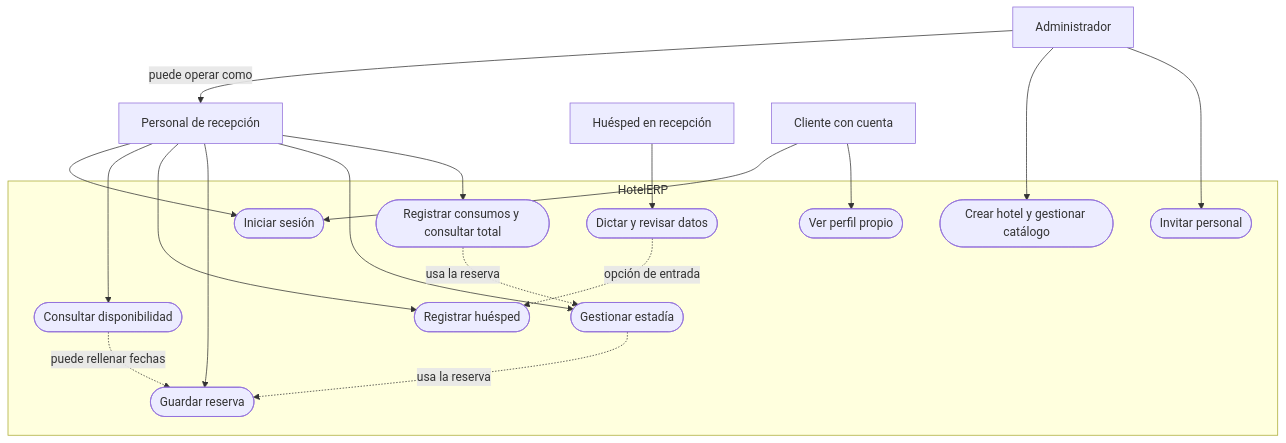
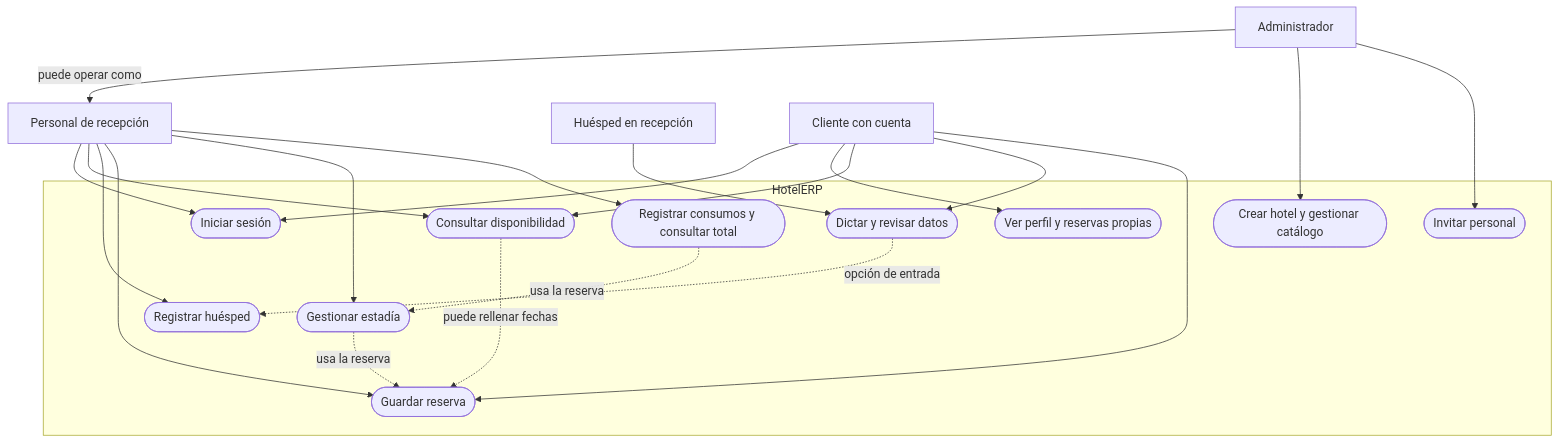
The first of 4 diagrams in HotelERP_Diagramas_y_Sustentacion.md (amadorjara-alt/HotelERP), drawn with Mermaid before and after one commit. The commit also changed other lines of this file, not shown here.

Commit message:
Actualizar diagramas Mermaid y guía de defensa

````diff
--- a/HotelERP_Diagramas_y_Sustentacion.md
+++ b/HotelERP_Diagramas_y_Sustentacion.md
@@ -9,29 +9,29 @@
 ```mermaid
 flowchart TB
   A[Administrador]
   P[Personal de recepción]
   H[Huésped en recepción]
   C[Cliente con cuenta]
   A -->|puede operar como| P
   subgraph ERP[HotelERP]
     Login([Iniciar sesión])
     Admin([Crear hotel y gestionar catálogo])
     Invite([Invitar personal])
     Calendar([Consultar disponibilidad])
     Register([Registrar huésped])
     Voice([Dictar y revisar datos])
     Reserve([Guardar reserva])
     Stay([Gestionar estadía])
     Bill([Registrar consumos y consultar total])
-    Portal([Ver perfil propio])
+    Portal([Ver perfil y reservas propias])
     Voice -.->|opción de entrada| Register
     Calendar -.->|puede rellenar fechas| Reserve
     Stay -.->|usa la reserva| Reserve
     Bill -.->|usa la reserva| Stay
   end
   A --> Admin
   A --> Invite
   P --> Login & Calendar & Register & Reserve & Stay & Bill
   H --> Voice
-  C --> Login & Portal
+  C --> Login & Portal & Calendar & Voice & Reserve
 ```
````
